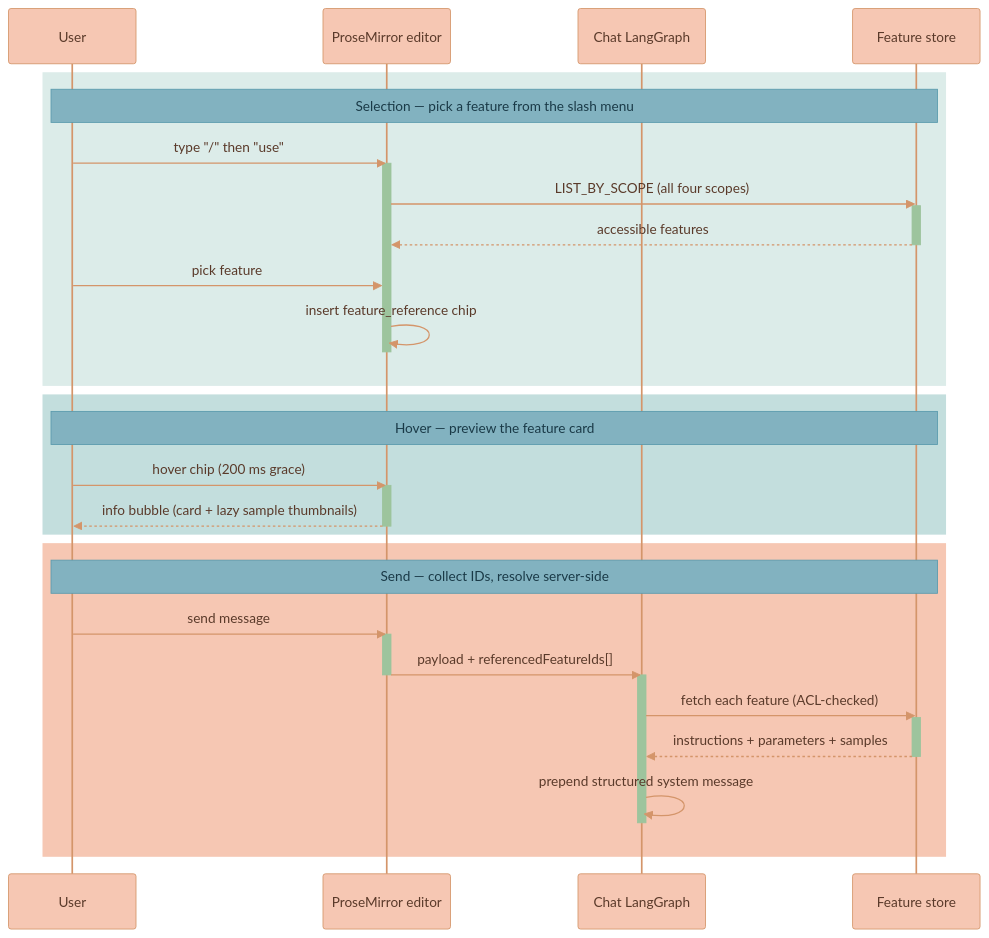
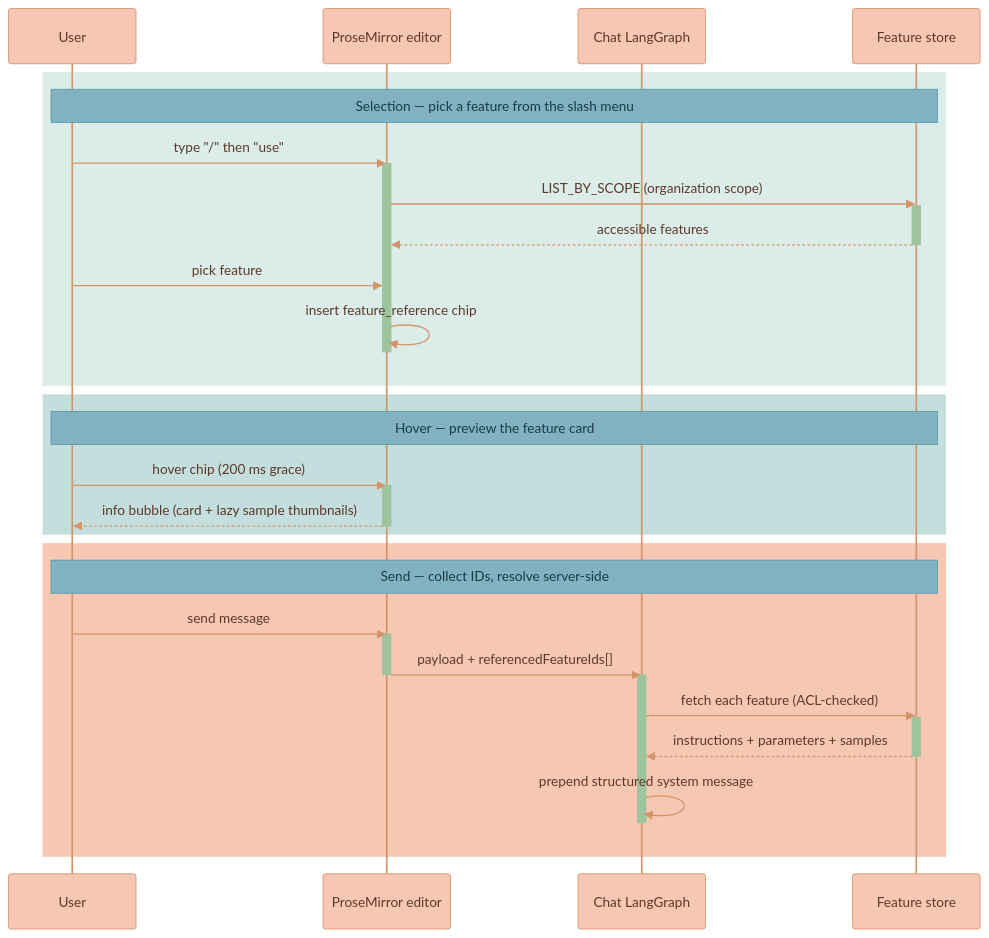
One commit to Lixpi/lixpi changed the second of 2 diagrams in documentation/library/USING-FEATURES.md. Above: the diagram before and after it, drawn with Mermaid. The commit also changed other lines of this file and 225 other files, not shown here.

````diff
--- a/documentation/library/USING-FEATURES.md
+++ b/documentation/library/USING-FEATURES.md
@@ -114,53 +114,53 @@
 ```mermaid
 %%{init: {'theme': 'base', 'themeVariables': { 'noteBkgColor': '#82B2C0', 'noteTextColor': '#1a3a47', 'noteBorderColor': '#5a9aad', 'actorBkg': '#F6C7B3', 'actorBorder': '#d4956a', 'actorTextColor': '#5a3a2a', 'actorLineColor': '#d4956a', 'signalColor': '#d4956a', 'signalTextColor': '#5a3a2a', 'labelBoxBkgColor': '#F6C7B3', 'labelBoxBorderColor': '#d4956a', 'labelTextColor': '#5a3a2a', 'loopTextColor': '#5a3a2a', 'activationBorderColor': '#9DC49D', 'activationBkgColor': '#9DC49D', 'sequenceNumberColor': '#5a3a2a'}}}%%
 sequenceDiagram
     participant User
     participant Editor as ProseMirror editor
     participant API as Chat LangGraph
     participant DDB as Feature store
 
     %% ═══════════════════════════════════════════════════════════════
     %% SELECTION PHASE
     %% ═══════════════════════════════════════════════════════════════
     rect rgb(220, 236, 233)
         Note over User, DDB: Selection — pick a feature from the slash menu
         User->>Editor: type "/" then "use"
         activate Editor
-        Editor->>DDB: LIST_BY_SCOPE (all four scopes)
+        Editor->>DDB: LIST_BY_SCOPE (organization scope)
         activate DDB
         DDB-->>Editor: accessible features
         deactivate DDB
         User->>Editor: pick feature
         Editor->>Editor: insert feature_reference chip
         deactivate Editor
     end
 
     %% ═══════════════════════════════════════════════════════════════
     %% HOVER PHASE
     %% ═══════════════════════════════════════════════════════════════
     rect rgb(195, 222, 221)
         Note over User, DDB: Hover — preview the feature card
         User->>Editor: hover chip (200 ms grace)
         activate Editor
         Editor-->>User: info bubble (card + lazy sample thumbnails)
         deactivate Editor
     end
 
     %% ═══════════════════════════════════════════════════════════════
     %% SEND + RESOLVE PHASE
     %% ═══════════════════════════════════════════════════════════════
     rect rgb(246, 199, 179)
         Note over User, DDB: Send — collect IDs, resolve server-side
         User->>Editor: send message
         activate Editor
         Editor->>API: payload + referencedFeatureIds[]
         deactivate Editor
         activate API
         API->>DDB: fetch each feature (ACL-checked)
         activate DDB
         DDB-->>API: instructions + parameters + samples
         deactivate DDB
         API->>API: prepend structured system message
         deactivate API
     end
 ```
````
